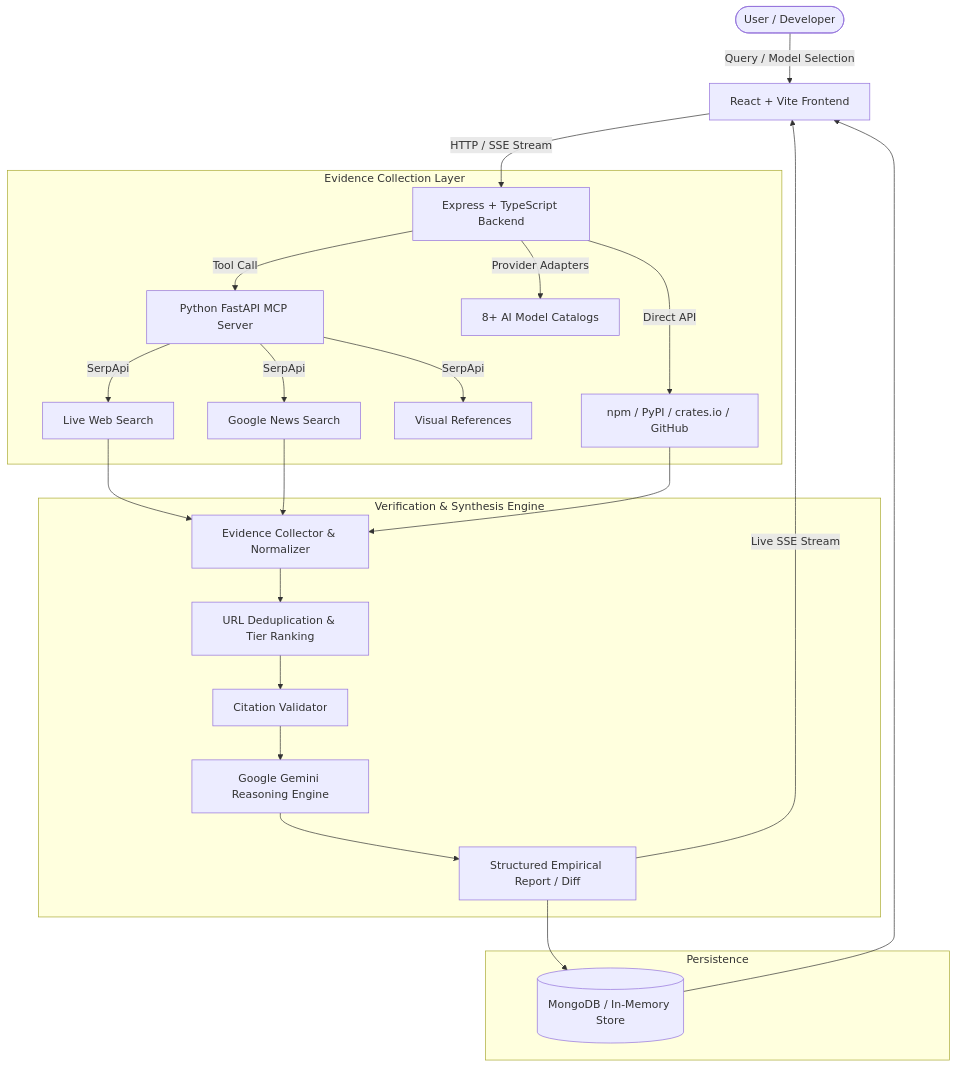
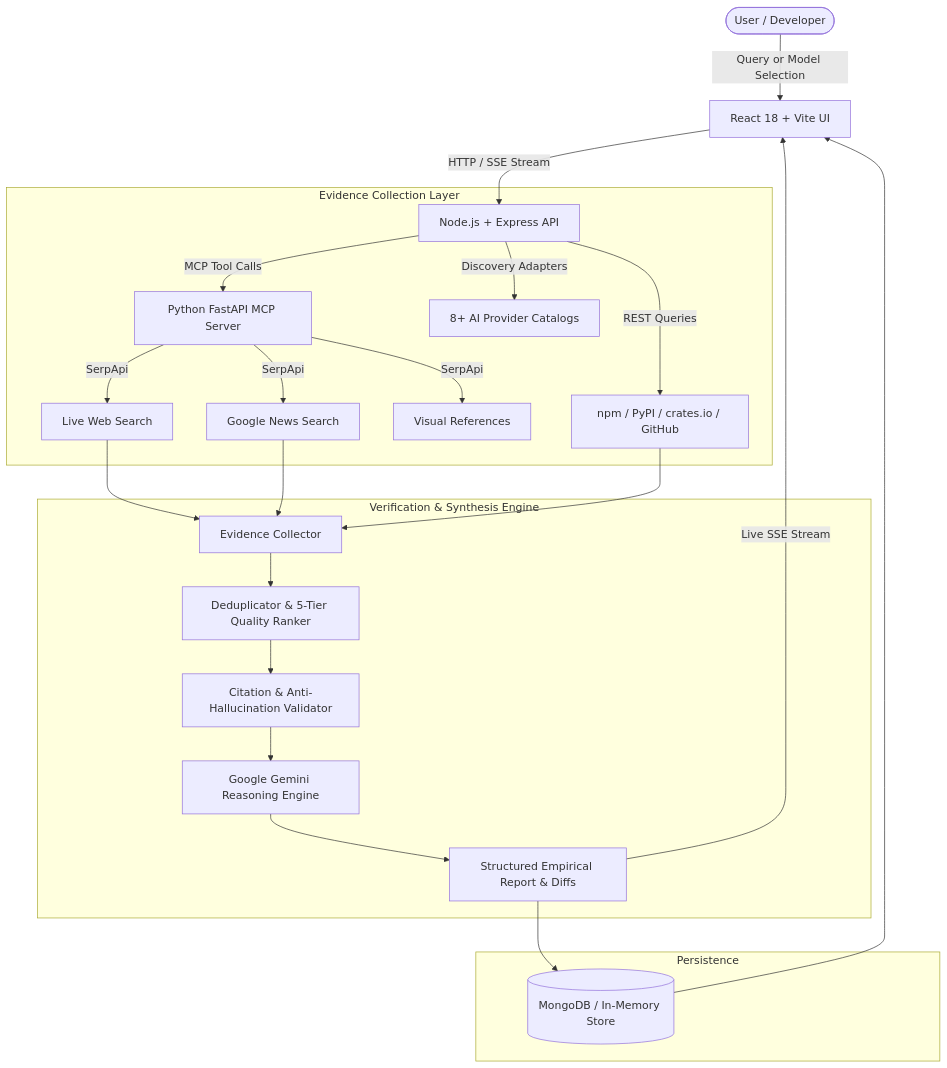
One commit to SyedAman1907/Library_Lens changed the diagram in README.md. Above: the diagram before and after it, drawn with Mermaid. The commit also changed other lines of this file, not shown here.

````diff
--- a/README.md
+++ b/README.md
@@ -56,29 +57,29 @@
 ```mermaid
 flowchart TD
-    User([User / Developer]) -->|Query / Model Selection| UI[React + Vite Frontend]
-    UI -->|HTTP / SSE Stream| API[Express + TypeScript Backend]
+    User([User / Developer]) -->|Query or Model Selection| Frontend[React 18 + Vite UI]
+    Frontend -->|HTTP / SSE Stream| Backend[Node.js + Express API]
 
-    subgraph "Evidence Collection Layer"
-        API -->|Tool Call| MCP[Python FastAPI MCP Server]
+    subgraph Evidence_Layer ["Evidence Collection Layer"]
+        Backend -->|MCP Tool Calls| MCP[Python FastAPI MCP Server]
         MCP -->|SerpApi| WebSearch[Live Web Search]
         MCP -->|SerpApi| NewsSearch[Google News Search]
         MCP -->|SerpApi| ImageSearch[Visual References]
-        API -->|Direct API| Registries[npm / PyPI / crates.io / GitHub]
-        API -->|Provider Adapters| ModelCatalogs[8+ AI Model Catalogs]
+        Backend -->|REST Queries| Registries[npm / PyPI / crates.io / GitHub]
+        Backend -->|Discovery Adapters| Providers[8+ AI Provider Catalogs]
     end
 
-    subgraph "Verification & Synthesis Engine"
-        WebSearch & NewsSearch & Registries --> Collector[Evidence Collector & Normalizer]
-        Collector --> Dedupe[URL Deduplication & Tier Ranking]
-        Dedupe --> CitationFilter[Citation Validator]
-        CitationFilter --> Gemini[Google Gemini Reasoning Engine]
-        Gemini --> ReportGen[Structured Empirical Report / Diff]
+    subgraph Synthesis_Engine ["Verification & Synthesis Engine"]
+        WebSearch & NewsSearch & Registries --> Collector[Evidence Collector]
+        Collector --> Ranker[Deduplicator & 5-Tier Quality Ranker]
+        Ranker --> Validator[Citation & Anti-Hallucination Validator]
+        Validator --> Gemini[Google Gemini Reasoning Engine]
+        Gemini --> ReportGen[Structured Empirical Report & Diffs]
     end
 
-    subgraph "Persistence"
+    subgraph Storage ["Persistence"]
         ReportGen --> DB[(MongoDB / In-Memory Store)]
     end
 
-    DB --> UI
-    ReportGen -->|Live SSE Stream| UI
+    DB --> Frontend
+    ReportGen -->|Live SSE Stream| Frontend
 ```
````
